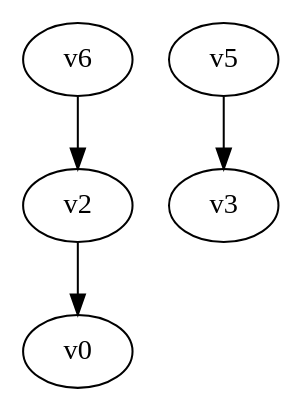
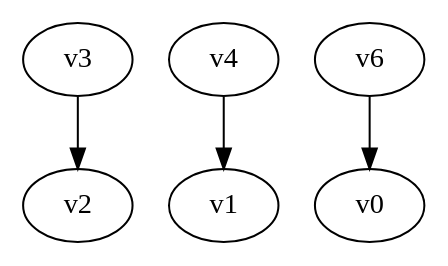
Before and after one commit to yadej/graph_project: the diagram in digraph.dot, drawn with Graphviz. The commit also changed 1 other file, not shown here.

```diff
--- a/digraph.dot
+++ b/digraph.dot
@@ -1,5 +1,5 @@
 digraph G { 
-v2 -> v0;
-v5 -> v3;
-v6 -> v2;
+v3 -> v2;
+v4 -> v1;
+v6 -> v0;
 }
```
